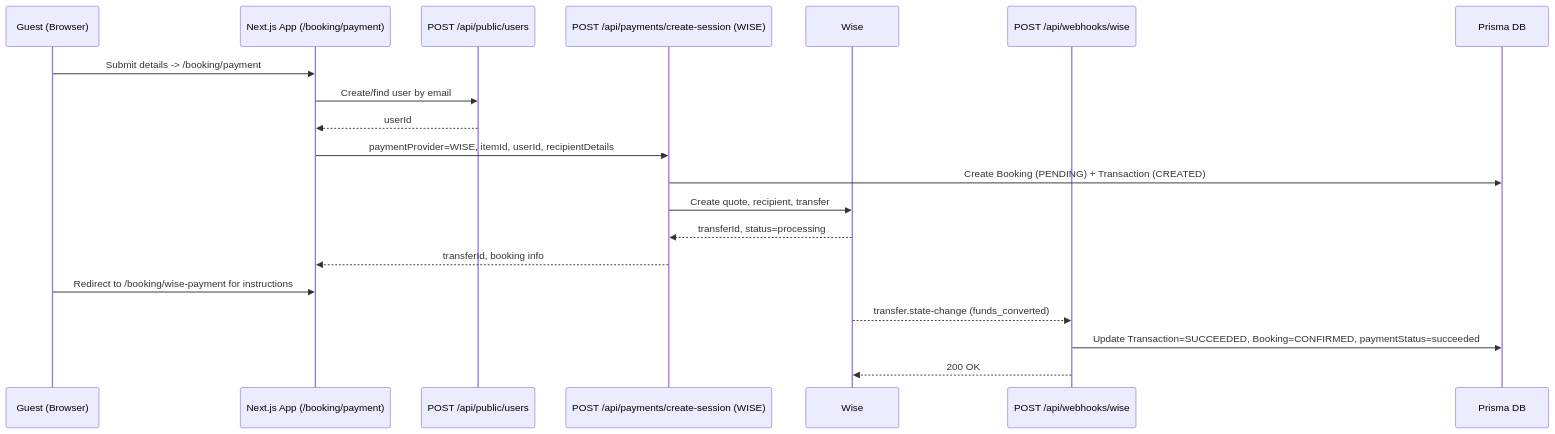
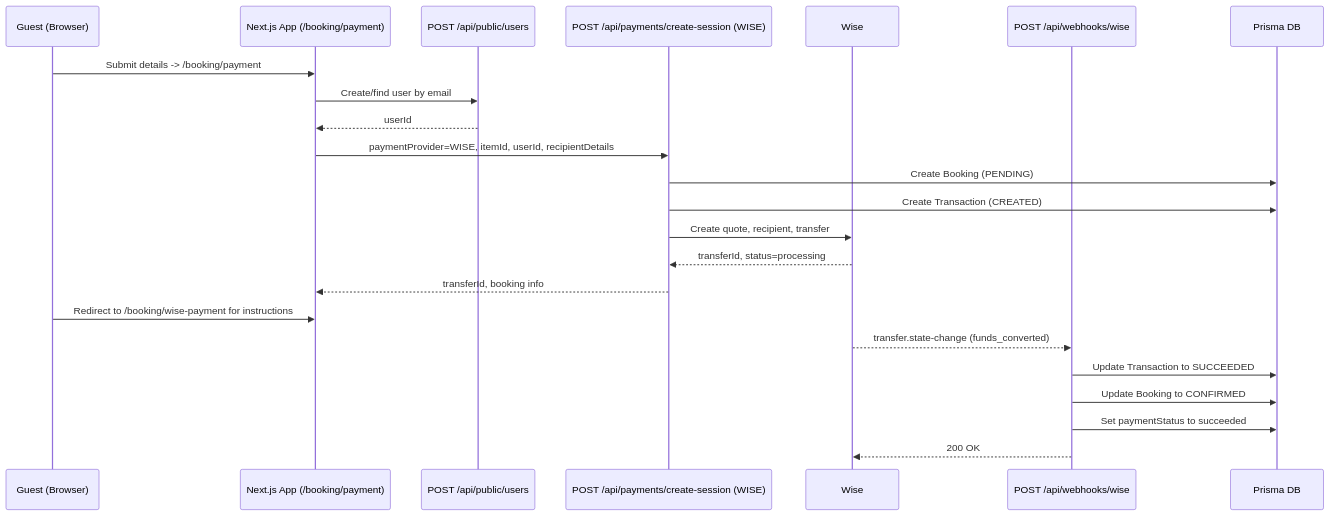
The diagram in docs/diagrams/guest-wise-payment.mmd (insominiac/dancelink-staging), drawn with Mermaid before and after one commit. The commit also changed 2 other files, not shown here.

Commit message:
docs(diagrams): fix Mermaid sequence diagrams (split long messages); update lockfile after dev deps install

```diff
--- a/docs/diagrams/guest-wise-payment.mmd
+++ b/docs/diagrams/guest-wise-payment.mmd
@@ -1,20 +1,23 @@
 sequenceDiagram
   participant G as Guest (Browser)
   participant FE as Next.js App (/booking/payment)
   participant PUB as POST /api/public/users
   participant SES as POST /api/payments/create-session (WISE)
   participant W as Wise
   participant WH as POST /api/webhooks/wise
   participant DB as Prisma DB
   G->>FE: Submit details -> /booking/payment
   FE->>PUB: Create/find user by email
   PUB-->>FE: userId
   FE->>SES: paymentProvider=WISE, itemId, userId, recipientDetails
-  SES->>DB: Create Booking (PENDING) + Transaction (CREATED)
+  SES->>DB: Create Booking (PENDING)
+  SES->>DB: Create Transaction (CREATED)
   SES->>W: Create quote, recipient, transfer
   W-->>SES: transferId, status=processing
   SES-->>FE: transferId, booking info
   G->>FE: Redirect to /booking/wise-payment for instructions
   W-->>WH: transfer.state-change (funds_converted)
-  WH->>DB: Update Transaction=SUCCEEDED, Booking=CONFIRMED, paymentStatus=succeeded
+  WH->>DB: Update Transaction to SUCCEEDED
+  WH->>DB: Update Booking to CONFIRMED
+  WH->>DB: Set paymentStatus to succeeded
   WH-->>W: 200 OK
```
